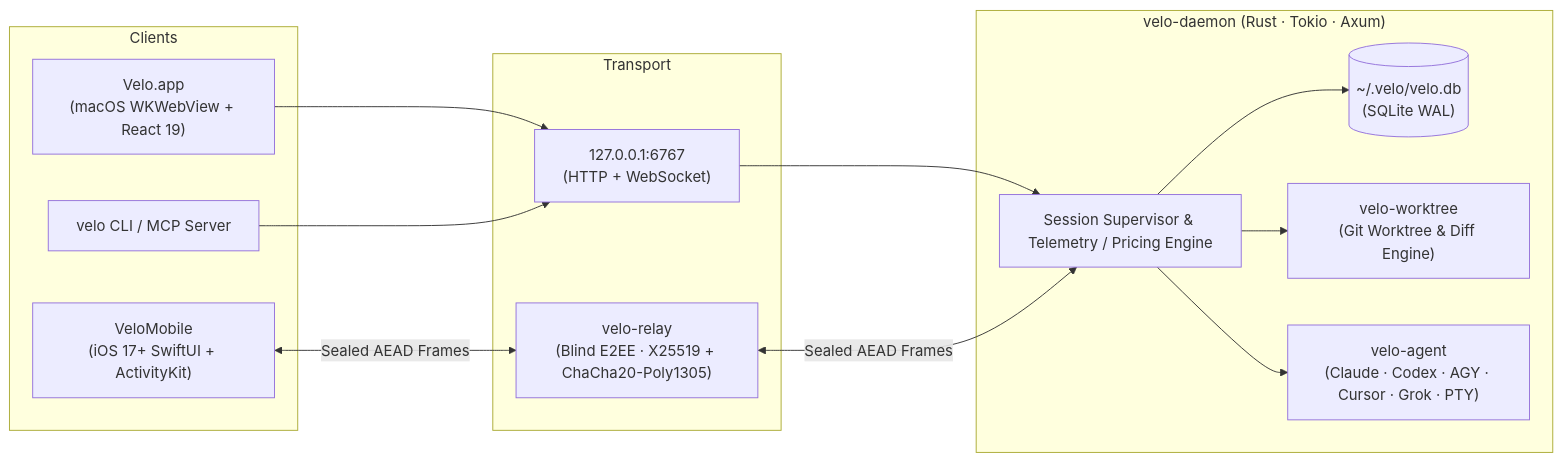
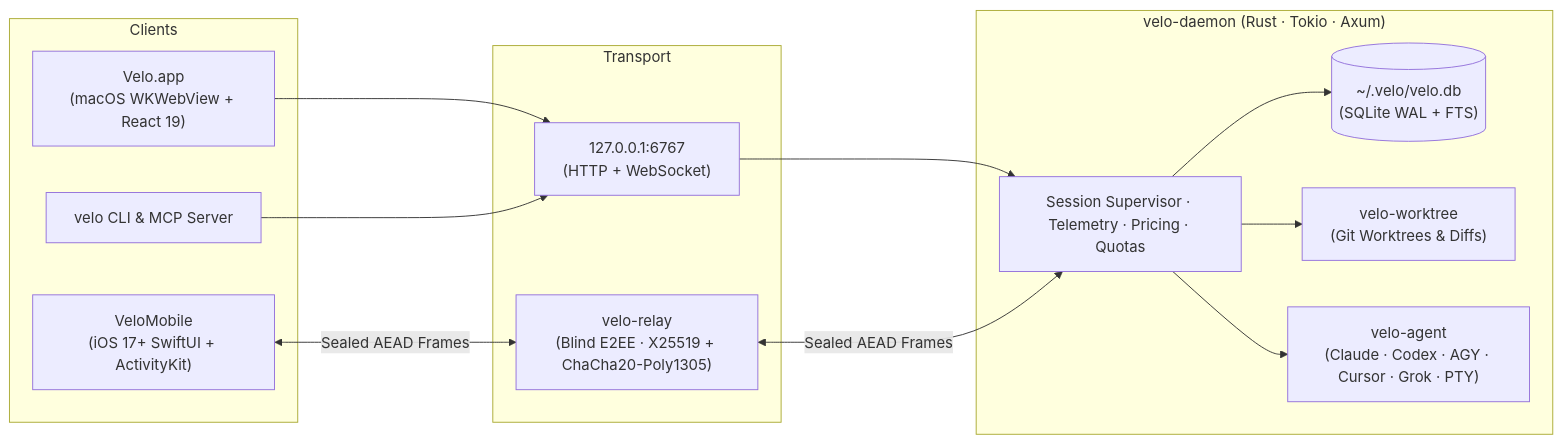
One commit to davaded/velo changed the diagram in README.md. Above: the diagram before and after it, drawn with Mermaid. The commit also changed other lines of this file and 3 other files, not shown here.

````diff
--- a/README.md
+++ b/README.md
@@ -42,27 +142,27 @@
 ```mermaid
 flowchart LR
     subgraph Clients["Clients"]
         Mac["Velo.app\n(macOS WKWebView + React 19)"]
         iOS["VeloMobile\n(iOS 17+ SwiftUI + ActivityKit)"]
-        CLI["velo CLI / MCP Server"]
+        CLI["velo CLI & MCP Server"]
     end
 
     subgraph Transport["Transport"]
         Local["127.0.0.1:6767\n(HTTP + WebSocket)"]
         Relay["velo-relay\n(Blind E2EE · X25519 + ChaCha20-Poly1305)"]
     end
 
     subgraph Core["velo-daemon (Rust · Tokio · Axum)"]
-        Supervisor["Session Supervisor & Telemetry / Pricing Engine"]
-        DB[("~/.velo/velo.db\n(SQLite WAL)")]
-        WT["velo-worktree\n(Git Worktree & Diff Engine)"]
+        Supervisor["Session Supervisor · Telemetry · Pricing · Quotas"]
+        DB[("~/.velo/velo.db\n(SQLite WAL + FTS)")]
+        WT["velo-worktree\n(Git Worktrees & Diffs)"]
         Agents["velo-agent\n(Claude · Codex · AGY · Cursor · Grok · PTY)"]
     end
 
     Mac --> Local --> Supervisor
     CLI --> Local
     iOS <-->|"Sealed AEAD Frames"| Relay <-->|"Sealed AEAD Frames"| Supervisor
     Supervisor --> DB
     Supervisor --> WT
     Supervisor --> Agents
 ```
````
